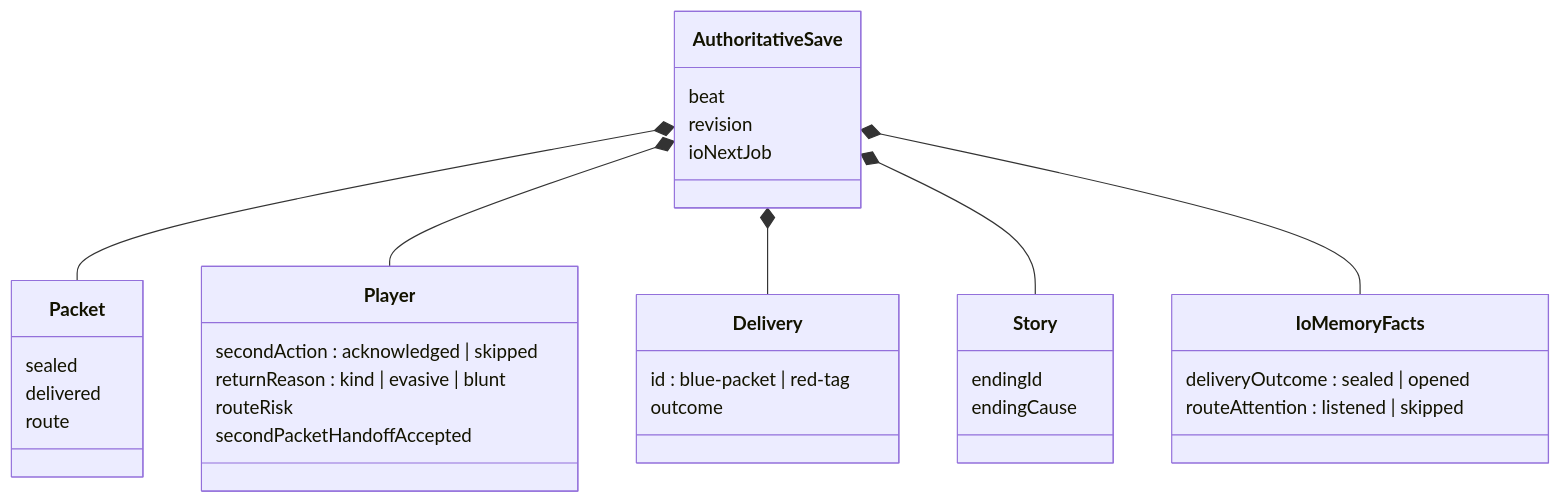
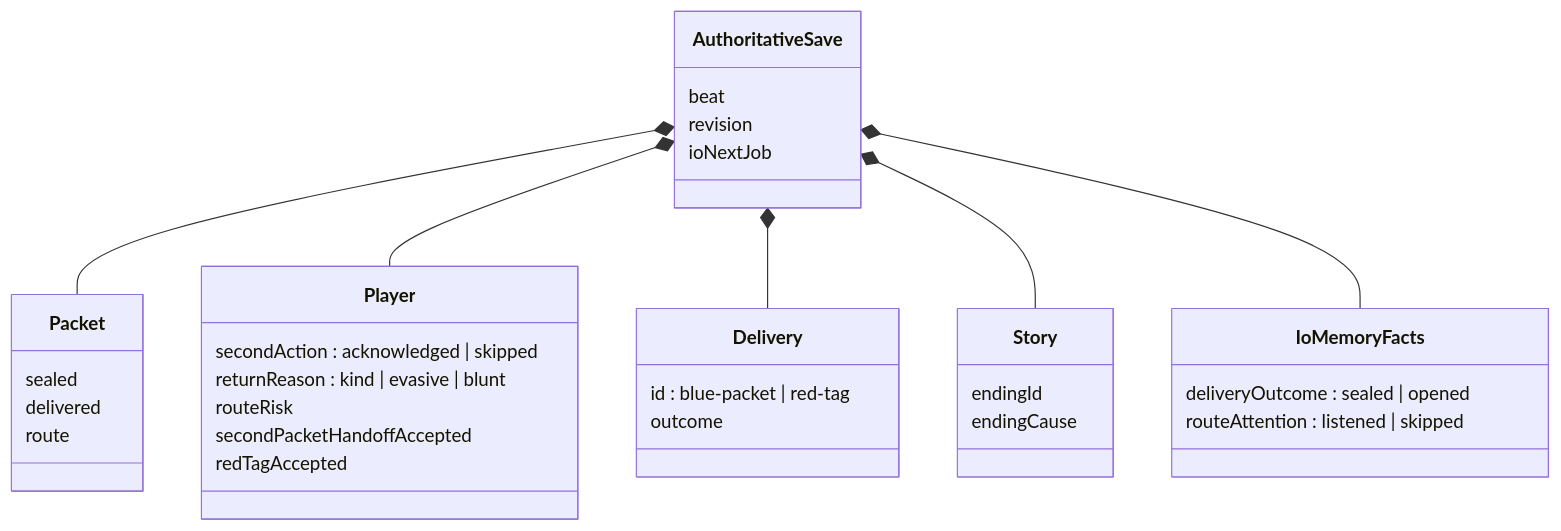
Before and after one commit to phynars/oodim-game: the fourth of 5 diagrams in docs/plan/architecture/README.md, drawn with Mermaid. The commit also changed other lines of this file, not shown here.

First line of the commit message:
docs: Correct stale Episode 1 red-tag acceptance claim in architecture  (#2778) (#2779)

````diff
--- a/docs/plan/architecture/README.md
+++ b/docs/plan/architecture/README.md
@@ -215,36 +218,37 @@
 ```mermaid
 classDiagram
   class AuthoritativeSave {
     beat
     revision
     ioNextJob
   }
   class Packet {
     sealed
     delivered
     route
   }
   class Player {
     secondAction : acknowledged | skipped
     returnReason : kind | evasive | blunt
     routeRisk
     secondPacketHandoffAccepted
+    redTagAccepted
   }
   class Delivery {
     id : blue-packet | red-tag
     outcome
   }
   class Story {
     endingId
     endingCause
   }
   class IoMemoryFacts {
     deliveryOutcome : sealed | opened
     routeAttention : listened | skipped
   }
   AuthoritativeSave *-- Packet
   AuthoritativeSave *-- Player
   AuthoritativeSave *-- Delivery
   AuthoritativeSave *-- Story
   AuthoritativeSave *-- IoMemoryFacts
 ```
````
